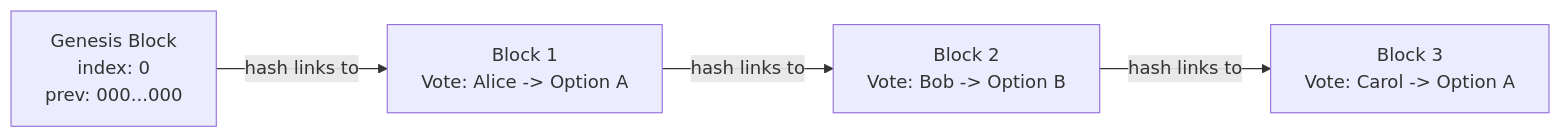
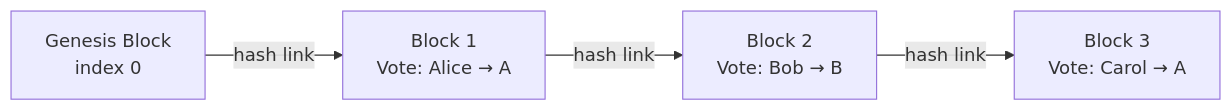
Before and after one commit to Interpoll1/decentralised: the second of 2 diagrams in README.md, drawn with Mermaid. The commit also changed other lines of this file, not shown here.

````diff
--- a/README.md
+++ b/README.md
@@ -100,6 +197,6 @@
 ```mermaid
 graph LR
-    G[Genesis Block<br/>index: 0<br/>prev: 000...000] -->|hash links to| B1[Block 1<br/>Vote: Alice -> Option A]
-    B1 -->|hash links to| B2[Block 2<br/>Vote: Bob -> Option B]
-    B2 -->|hash links to| B3[Block 3<br/>Vote: Carol -> Option A]
+    G[Genesis Block<br/>index 0] -->|hash link| B1[Block 1<br/>Vote: Alice → A]
+    B1 -->|hash link| B2[Block 2<br/>Vote: Bob → B]
+    B2 -->|hash link| B3[Block 3<br/>Vote: Carol → A]
 ```
````
